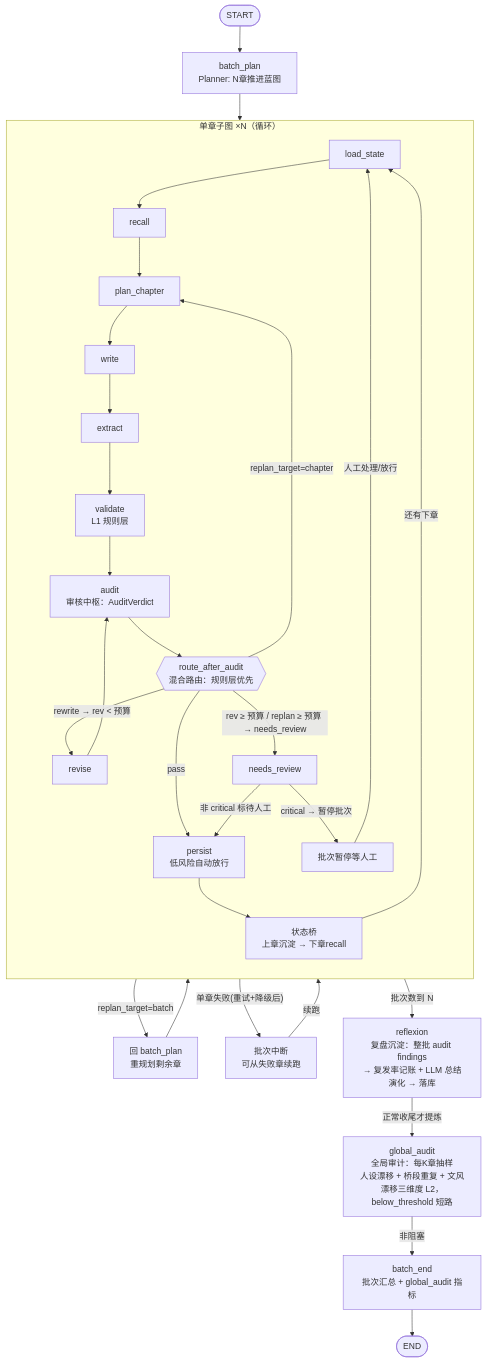
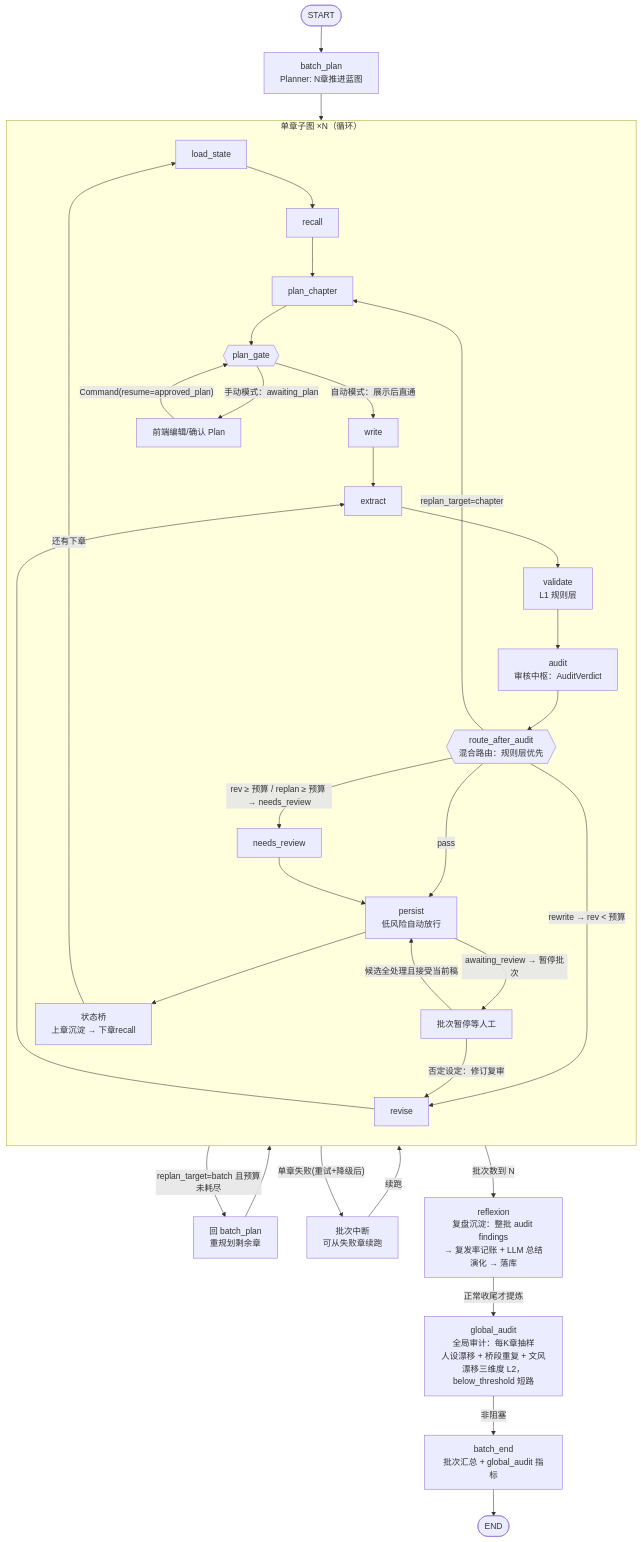
Before and after one commit to frostloom/Myink: the diagram in spec/state-flow.md, drawn with Mermaid. The commit also changed other lines of this file and 151 other files, not shown here.

````diff
--- a/spec/state-flow.md
+++ b/spec/state-flow.md
@@ -13,34 +11,38 @@
 ```mermaid
 flowchart TD
     START([START]) --> BP[batch_plan<br/>Planner: N章推进蓝图]
     BP --> LS[load_state]
 
     subgraph CHAP["单章子图 ×N（循环）"]
         direction TB
         LS --> RC[recall]
         RC --> PC[plan_chapter]
-        PC --> W[write]
+        PC --> PG{{plan_gate}}
+        PG -- "自动模式：展示后直通" --> W[write]
+        PG -- "手动模式：awaiting_plan" --> HUMANPLAN[前端编辑/确认 Plan]
+        HUMANPLAN -- "Command(resume=approved_plan)" --> PG
         W --> EX[extract]
         EX --> VA[validate<br/>L1 规则层]
         VA --> AU[audit<br/>审核中枢：AuditVerdict]
         AU --> RT{{route_after_audit<br/>混合路由：规则层优先}}
         RT -- "pass" --> PERSIST[persist<br/>低风险自动放行]
-        RT -- "rewrite → rev < 预算" --> RV[revise] --> AU
+        RT -- "rewrite → rev < 预算" --> RV[revise] --> EX
         RT -- "replan_target=chapter" --> PC
         RT -- "rev ≥ 预算 / replan ≥ 预算 → needs_review" --> NR[needs_review]
-        NR -- "非 critical 标待人工" --> PERSIST
-        NR -- "critical → 暂停批次" --> PAUSE[批次暂停等人工]
+        NR --> PERSIST
+        PERSIST -- "awaiting_review → 暂停批次" --> PAUSE[批次暂停等人工]
         PERSIST --> BRIDGE[状态桥<br/>上章沉淀 → 下章recall]
     end
 
     BRIDGE -- "还有下章" --> LS
-    PAUSE -- "人工处理/放行" --> LS
-    AU -- "replan_target=batch" --> REBP[回 batch_plan<br/>重规划剩余章]
+    PAUSE -- "否定设定：修订复审" --> RV
+    PAUSE -- "候选全处理且接受当前稿" --> PERSIST
+    RT -- "replan_target=batch 且预算未耗尽" --> REBP[回 batch_plan<br/>重规划剩余章]
     REBP --> LS
     BRIDGE -- "单章失败(重试+降级后)" --> FAIL[批次中断<br/>可从失败章续跑]
     FAIL -- "续跑" --> LS
     BRIDGE -- "批次数到 N" --> RF[reflexion<br/>复盘沉淀：整批 audit findings<br/>→ 复发率记账 + LLM 总结演化 → 落库]
     RF -- "正常收尾才提炼" --> GA[global_audit<br/>全局审计：每K章抽样<br/>人设漂移 + 桥段重复 + 文风漂移三维度 L2，below_threshold 短路]
     GA -- "非阻塞" --> BE[batch_end<br/>批次汇总 + global_audit 指标]
     BE --> END([END])
 ```
````
